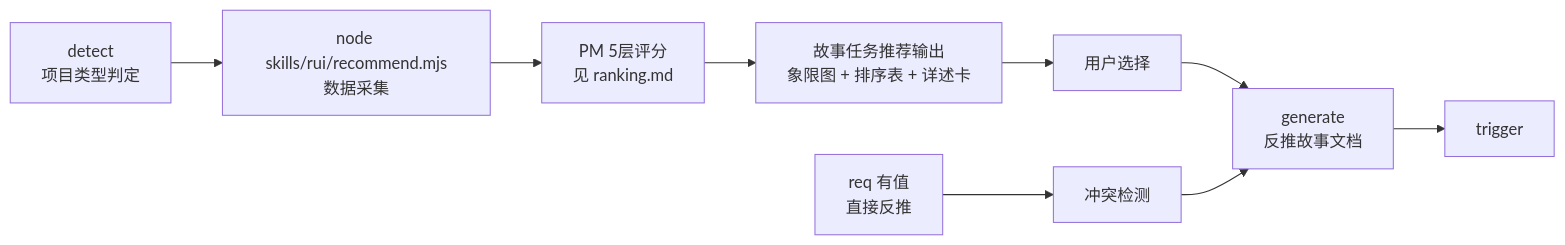
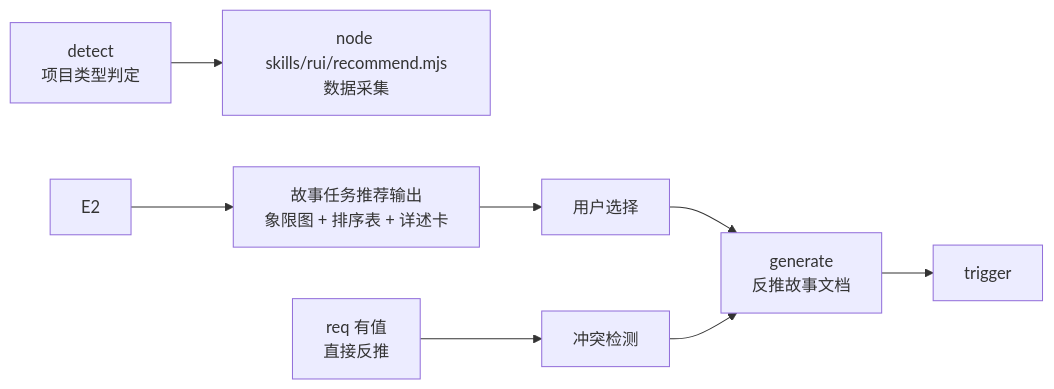
One commit to effiy/YrY changed diagram 13 of 13 in skills/rui/SKILL.md. Above: the diagram before and after it, drawn with Mermaid. The commit also changed other lines of this file and 91 other files, not shown here.

````diff
--- a/skills/rui/SKILL.md
+++ b/skills/rui/SKILL.md
@@ -813,11 +744,10 @@
 ```mermaid
 flowchart LR
     E0["detect<br/>项目类型判定"]:::tool --> E1["node skills/rui/recommend.mjs<br/>数据采集"]:::tool
-    E1 --> E2["PM 5层评分<br/>见 ranking.md"]:::llm
     E2 --> E3["故事任务推荐输出<br/>象限图 + 排序表 + 详述卡"]:::llm
     E3 --> E4["用户选择"]:::user
     E4 --> G["generate<br/>反推故事文档"]:::s
     R["req 有值<br/>直接反推"]:::s --> C["冲突检测"]:::s --> G
     G --> T["trigger"]:::s
 
 ```
````
